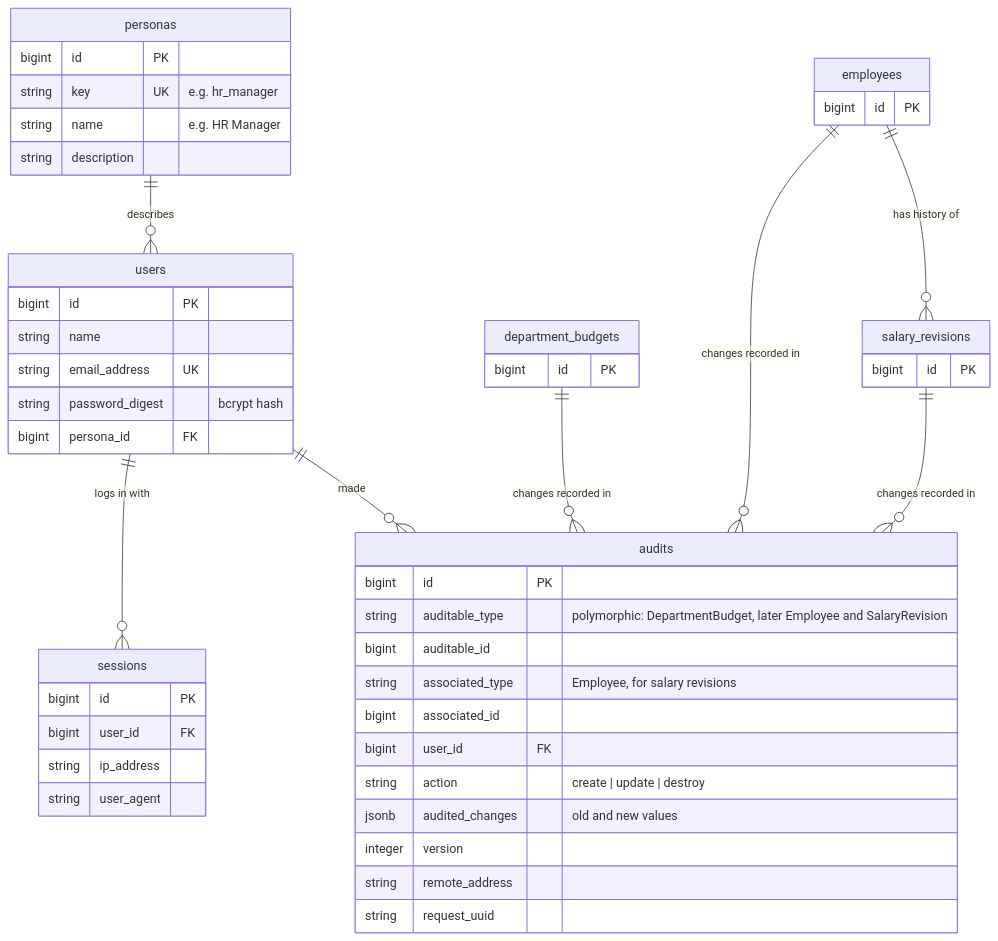
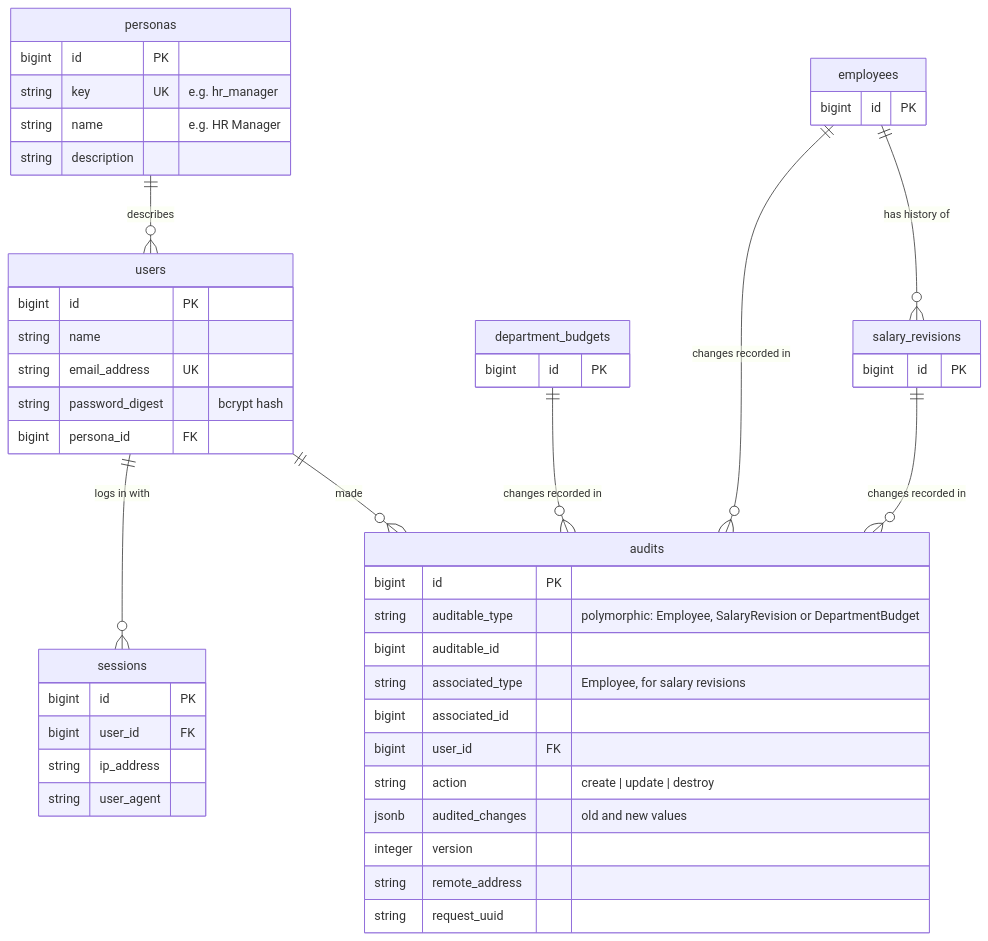
Before and after one commit to Kaustubh-githubs/Horizon: the second of 2 diagrams in docs/schema.md, drawn with Mermaid. The commit also changed other lines of this file and 3 other files, not shown here.

````diff
--- a/docs/schema.md
+++ b/docs/schema.md
@@ -80,52 +80,52 @@
 ```mermaid
 erDiagram
     personas ||--o{ users : "describes"
     users ||--o{ sessions : "logs in with"
     users ||--o{ audits : "made"
     department_budgets ||--o{ audits : "changes recorded in"
     employees ||--o{ audits : "changes recorded in"
     employees ||--o{ salary_revisions : "has history of"
     salary_revisions ||--o{ audits : "changes recorded in"
 
     personas {
         bigint id PK
         string key UK "e.g. hr_manager"
         string name "e.g. HR Manager"
         string description
     }
     users {
         bigint id PK
         string name
         string email_address UK
         string password_digest "bcrypt hash"
         bigint persona_id FK
     }
     sessions {
         bigint id PK
         bigint user_id FK
         string ip_address
         string user_agent
     }
     audits {
         bigint id PK
-        string auditable_type "polymorphic: DepartmentBudget, later Employee and SalaryRevision"
+        string auditable_type "polymorphic: Employee, SalaryRevision or DepartmentBudget"
         bigint auditable_id
         string associated_type "Employee, for salary revisions"
         bigint associated_id
         bigint user_id FK
         string action "create | update | destroy"
         jsonb audited_changes "old and new values"
         integer version
         string remote_address
         string request_uuid
     }
     department_budgets {
         bigint id PK
     }
     employees {
         bigint id PK
     }
     salary_revisions {
         bigint id PK
     }
 ```
````
